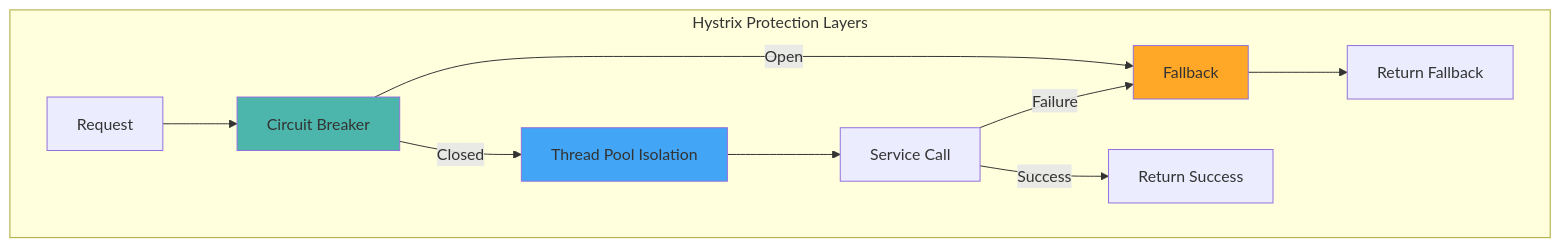
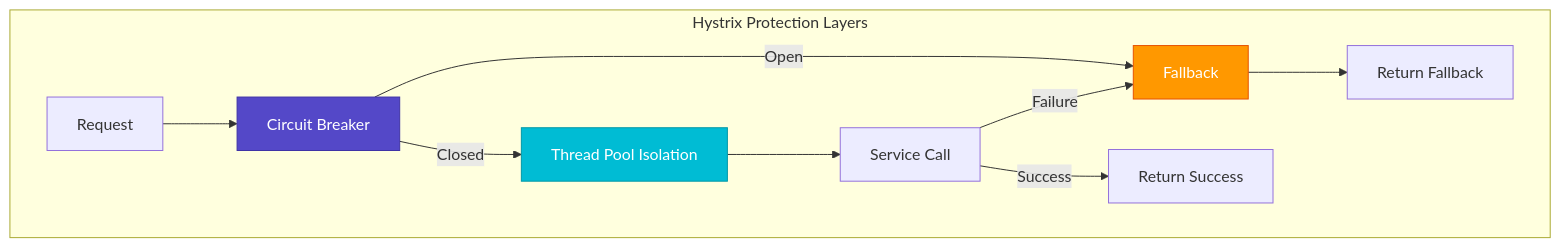
One commit to deepaucksharma/DStudio changed the sixth of 14 diagrams in docs/patterns/circuit-breaker.md. Above: the diagram before and after it, drawn with Mermaid. The commit also changed other lines of this file and 43 other files, not shown here.

````diff
--- a/docs/patterns/circuit-breaker.md
+++ b/docs/patterns/circuit-breaker.md
@@ -558,16 +652,19 @@
     ```mermaid
     graph TB
         subgraph "Hystrix Protection Layers"
             R[Request] --> CB[Circuit Breaker]
             CB -->|Closed| TP[Thread Pool Isolation]
             CB -->|Open| FB[Fallback]
             TP --> S[Service Call]
             S -->|Success| RS[Return Success]
             S -->|Failure| FB
             FB --> RF[Return Fallback]
         end
         
-        style CB fill:#4db6ac
-        style TP fill:#42a5f5
-        style FB fill:#ffa726
+        classDef primary fill:#5448C8,stroke:#3f33a6,color:#fff
+        classDef secondary fill:#00BCD4,stroke:#0097a7,color:#fff
+        classDef warning fill:#ff9800,stroke:#e65100,color:#fff
+        class CB primary
+        class TP secondary
+        class FB warning
     ```
````
